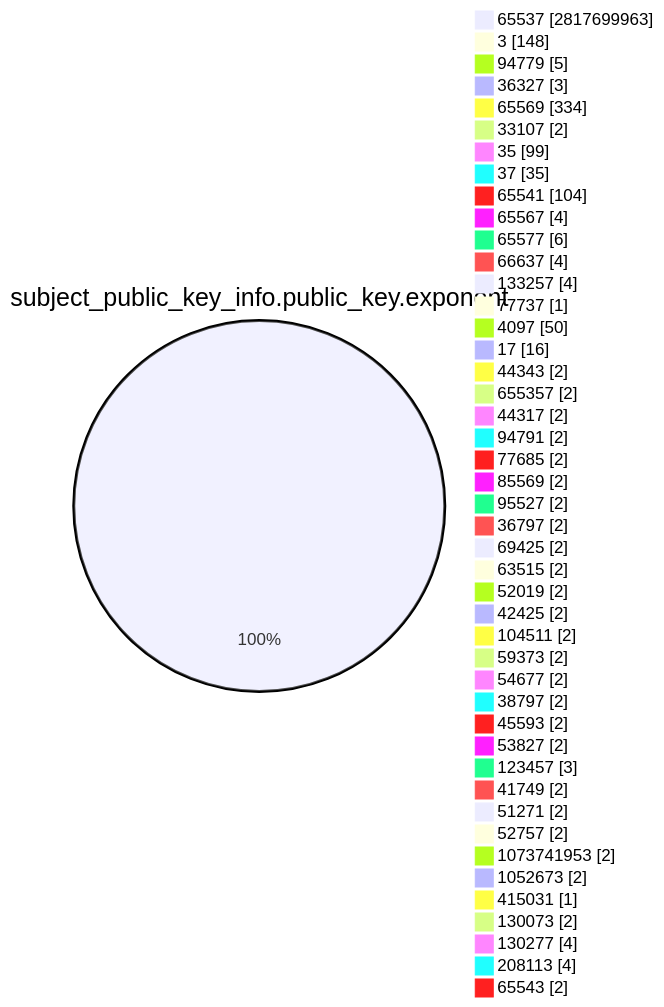
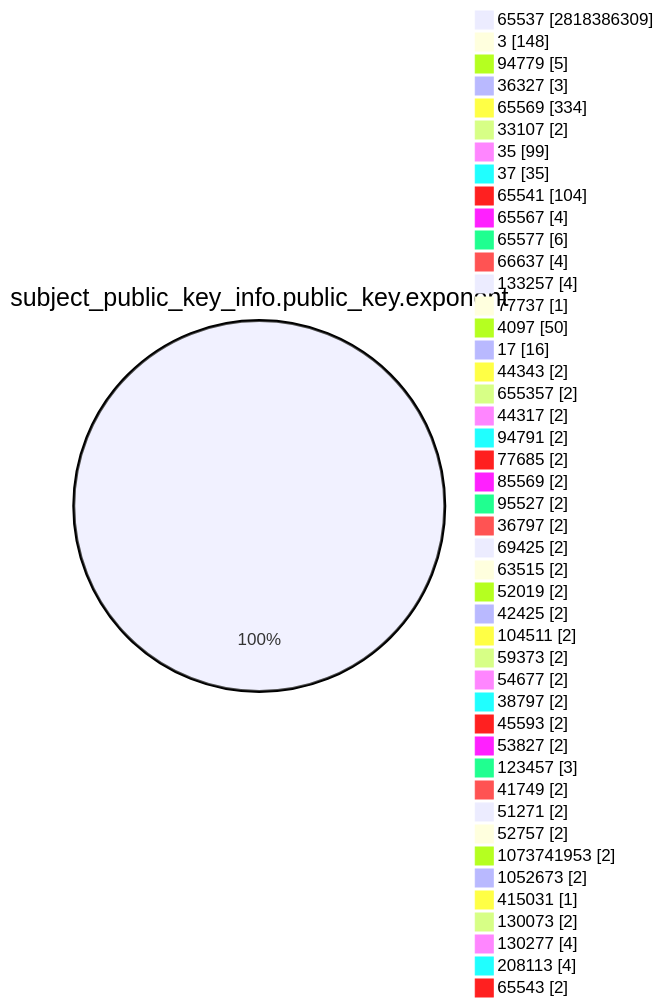
One commit to christiankrug/ctmonitor_visualization changed the fourth of 15 diagrams in TOTAL/README.md. Above: the diagram before and after it, drawn with Mermaid. The commit also changed other lines of this file, not shown here.

````diff
--- a/TOTAL/README.md
+++ b/TOTAL/README.md
@@ -1468,49 +1468,49 @@
 ```mermaid
 pie showData
 title subject_public_key_info.public_key.exponent
-"65537" :2817699963
+"65537" :2818386309
 "3" :148
 "94779" :5
 "36327" :3
 "65569" :334
 "33107" :2
 "35" :99
 "37" :35
 "65541" :104
 "65567" :4
 "65577" :6
 "66637" :4
 "133257" :4
 "77737" :1
 "4097" :50
 "17" :16
 "44343" :2
 "655357" :2
 "44317" :2
 "94791" :2
 "77685" :2
 "85569" :2
 "95527" :2
 "36797" :2
 "69425" :2
 "63515" :2
 "52019" :2
 "42425" :2
 "104511" :2
 "59373" :2
 "54677" :2
 "38797" :2
 "45593" :2
 "53827" :2
 "123457" :3
 "41749" :2
 "51271" :2
 "52757" :2
 "1073741953" :2
 "1052673" :2
 "415031" :1
 "130073" :2
 "130277" :4
 "208113" :4
 "65543" :2
 ```
````
